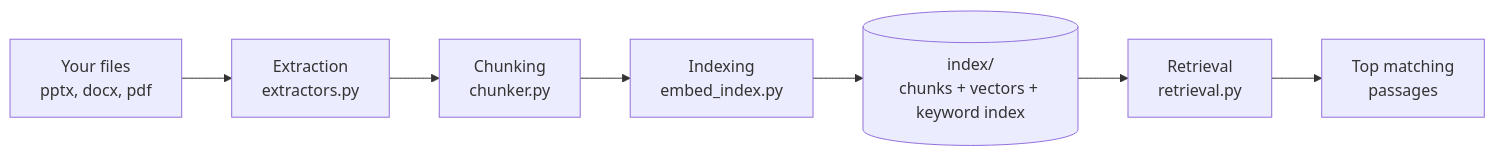
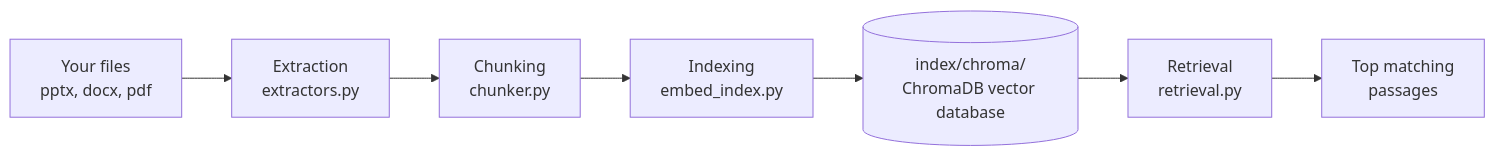
One commit to gafur55/Ethics-RAG changed the first of 3 diagrams in README.md. Above: the diagram before and after it, drawn with Mermaid. The commit also changed other lines of this file and 8 other files, not shown here.

First line of the commit message:
Switch index to ChromaDB and ingest books + AMA metadata

````diff
--- a/README.md
+++ b/README.md
@@ -12,9 +12,9 @@
 ```mermaid
 flowchart LR
     A[Your files<br/>pptx, docx, pdf] --> B[Extraction<br/>extractors.py]
     B --> C[Chunking<br/>chunker.py]
     C --> D[Indexing<br/>embed_index.py]
-    D --> E[(index/<br/>chunks + vectors + keyword index)]
+    D --> E[(index/chroma/<br/>ChromaDB vector database)]
     E --> F[Retrieval<br/>retrieval.py]
     F --> G[Top matching<br/>passages]
 ```
````
